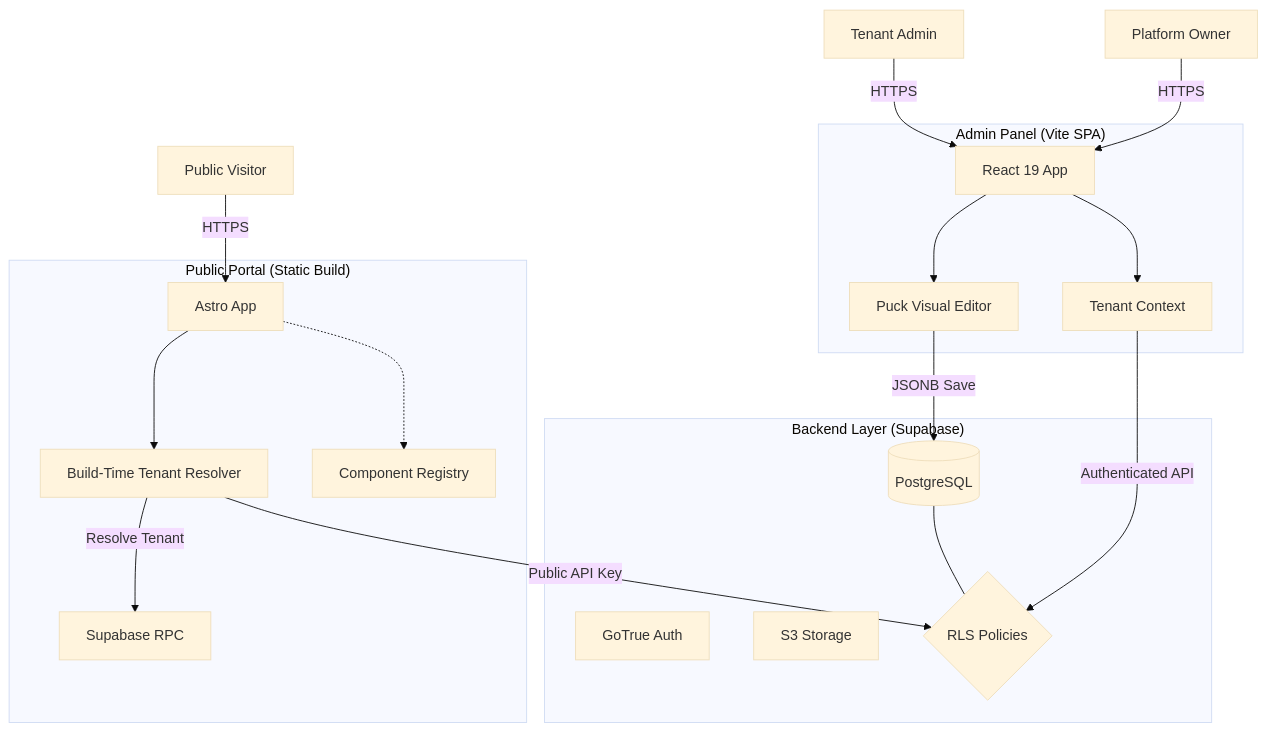
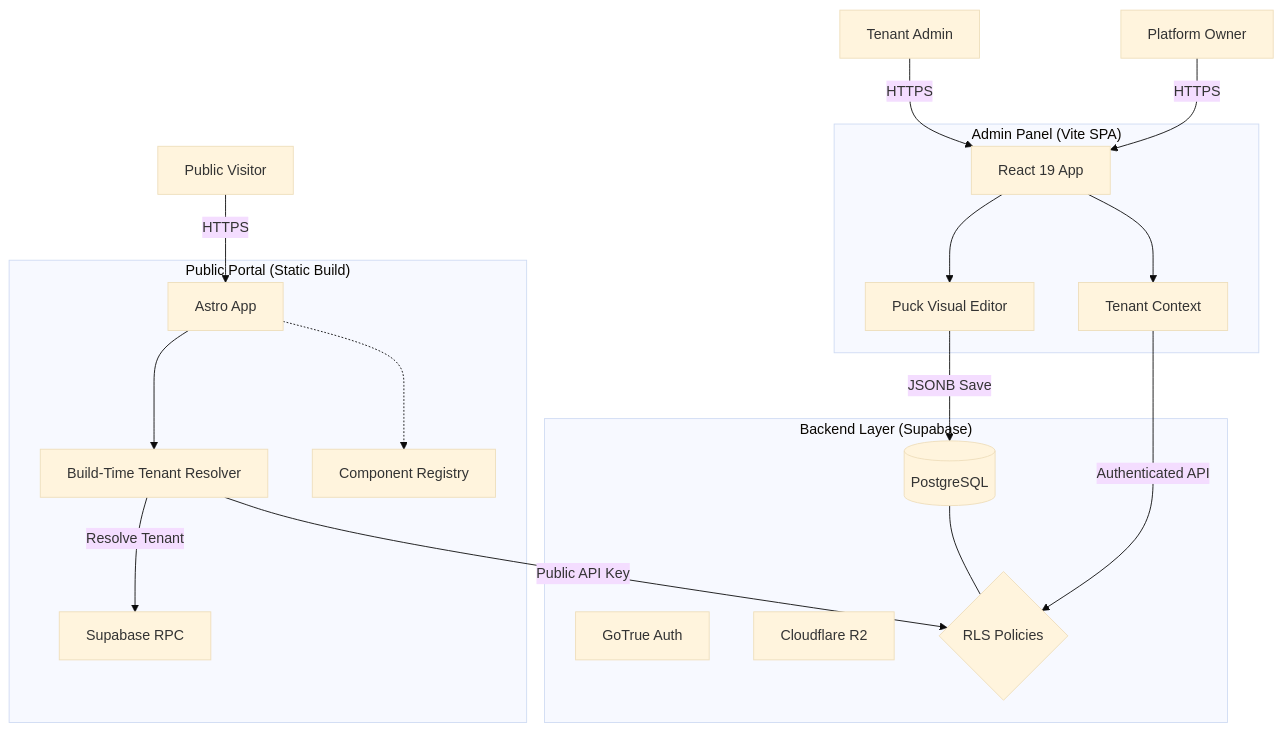
Before and after one commit to ahliweb/awcms: the diagram in docs/architecture/overview.md, drawn with Mermaid (base theme). The commit also changed 13 other files, not shown here.

Commit message:
feat: Standardize object storage on Cloudflare R2, remove Supabase S3 references, and update related documentation and configurations.

````diff
--- a/docs/architecture/overview.md
+++ b/docs/architecture/overview.md
@@ -34,36 +34,36 @@
 ```mermaid
 graph TD
     Visitor[Public Visitor] -->|HTTPS| PublicPortal
     Admin[Tenant Admin] -->|HTTPS| AdminPanel
     Owner[Platform Owner] -->|HTTPS| AdminPanel
 
     subgraph "Public Portal (Static Build)"
         PublicPortal[Astro App]
         Resolver[Build-Time Tenant Resolver]
         PublicPortal --> Resolver
         Resolver -->|Resolve Tenant| RPC[Supabase RPC]
         registry[Component Registry]
         PublicPortal -.-> registry
     end
 
     subgraph "Admin Panel (Vite SPA)"
         AdminPanel[React 19 App]
         AdminContext[Tenant Context]
         Puck[Puck Visual Editor]
         AdminPanel --> AdminContext
         AdminPanel --> Puck
     end
 
     subgraph "Backend Layer (Supabase)"
         RPC
         DB[(PostgreSQL)]
         Auth[GoTrue Auth]
-        Storage[S3 Storage]
+        Storage[Cloudflare R2]
         RLS{RLS Policies}
         DB --- RLS
     end
 
     AdminContext -->|Authenticated API| RLS
     Resolver -->|Public API Key| RLS
     Puck -->|JSONB Save| DB
 ```
````
